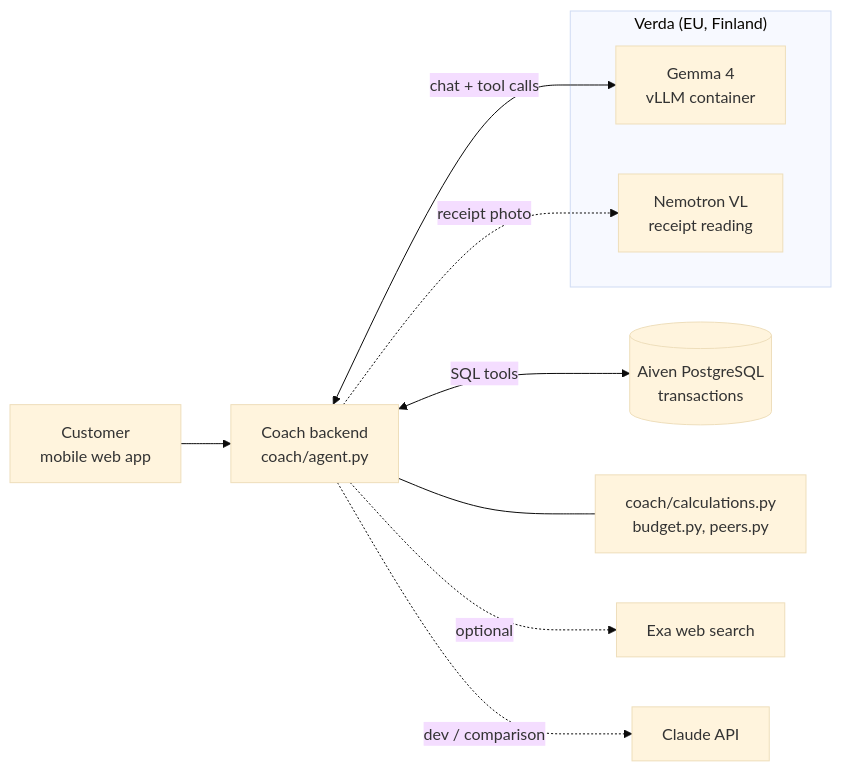
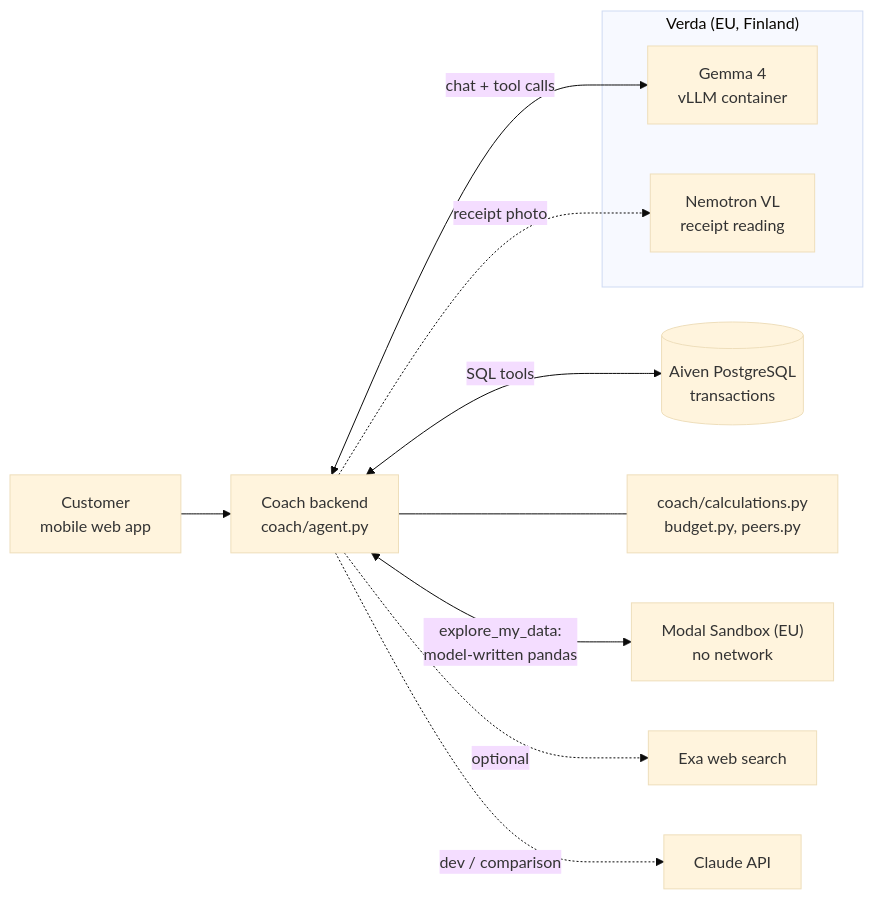
The first of 2 diagrams in TECH_STACK.md (pinsionparoni/mountain-claude-boys-trek), drawn with Mermaid (base theme) before and after one commit. The commit also changed other lines of this file and 8 other files, not shown here.

First line of the commit message:
Explore my data: open questions run as the coach's own pandas in an EU Modal Sandbox

````diff
--- a/TECH_STACK.md
+++ b/TECH_STACK.md
@@ -30,16 +30,17 @@
 ```mermaid
 flowchart LR
     U["Customer<br/>mobile web app"] --> API["Coach backend<br/>coach/agent.py"]
 
     subgraph EU["Verda (EU, Finland)"]
         G["Gemma 4<br/>vLLM container"]
         N["Nemotron VL<br/>receipt reading"]
     end
 
     API <-->|"chat + tool calls"| G
     API -.->|"receipt photo"| N
     API <-->|"SQL tools"| DB[("Aiven PostgreSQL<br/>transactions")]
     API --- CALC["coach/calculations.py<br/>budget.py, peers.py"]
+    API <-->|"explore_my_data:<br/>model-written pandas"| SB["Modal Sandbox (EU)<br/>no network"]
     API -.->|"optional"| EXA["Exa web search"]
     API -.->|"dev / comparison"| C["Claude API"]
 ```
````
